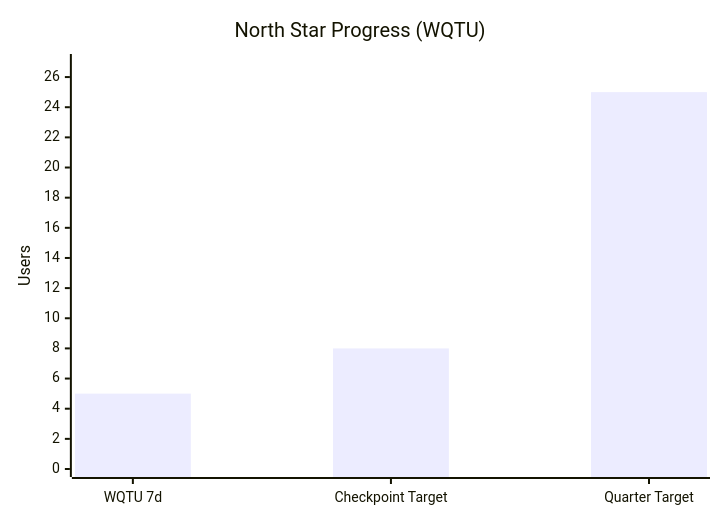
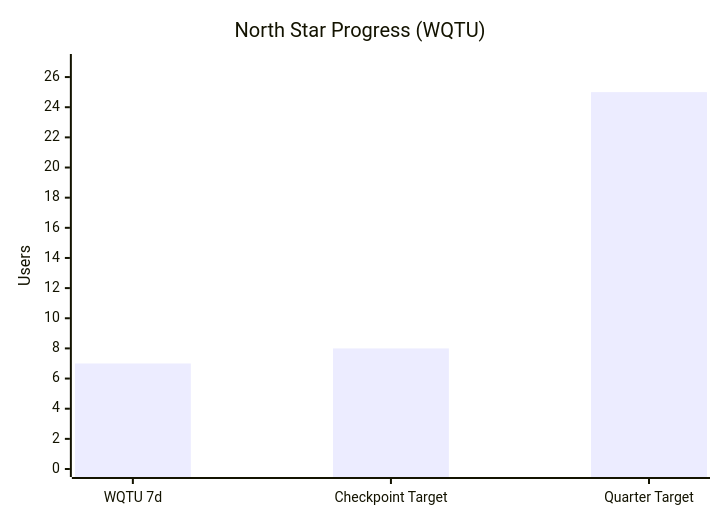
Before and after one commit to IgorGanapolsky/Random-Timer: the second of 4 diagrams in wiki/Paid-Acquisition.md, drawn with Mermaid. The commit also changed other lines of this file and 10 other files, not shown here.

````diff
--- a/wiki/Paid-Acquisition.md
+++ b/wiki/Paid-Acquisition.md
@@ -50,7 +50,7 @@
 ```mermaid
 xychart-beta
     title "North Star Progress (WQTU)"
     x-axis ["WQTU 7d" , "Checkpoint Target" , "Quarter Target"]
     y-axis "Users" 0 --> 27
-    bar [5 , 8 , 25]
+    bar [7 , 8 , 25]
 ```
````
